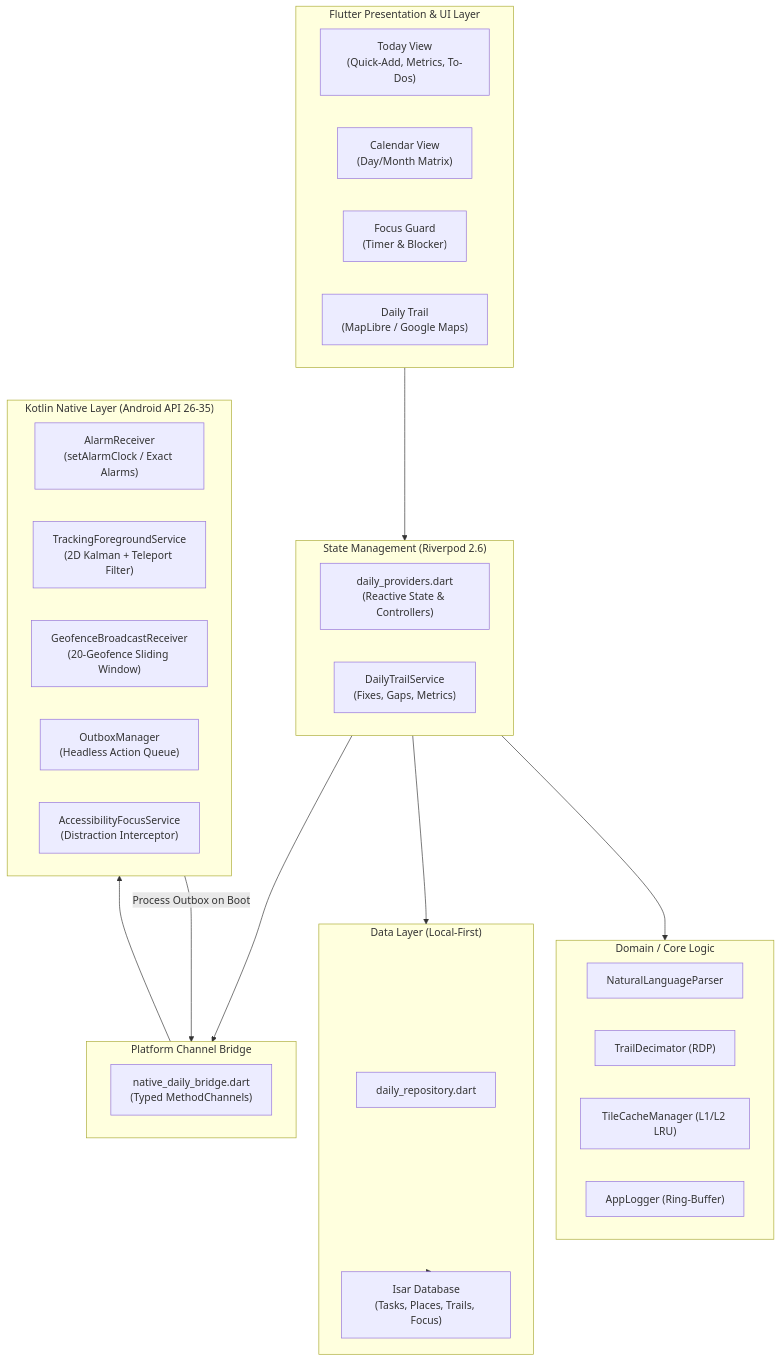
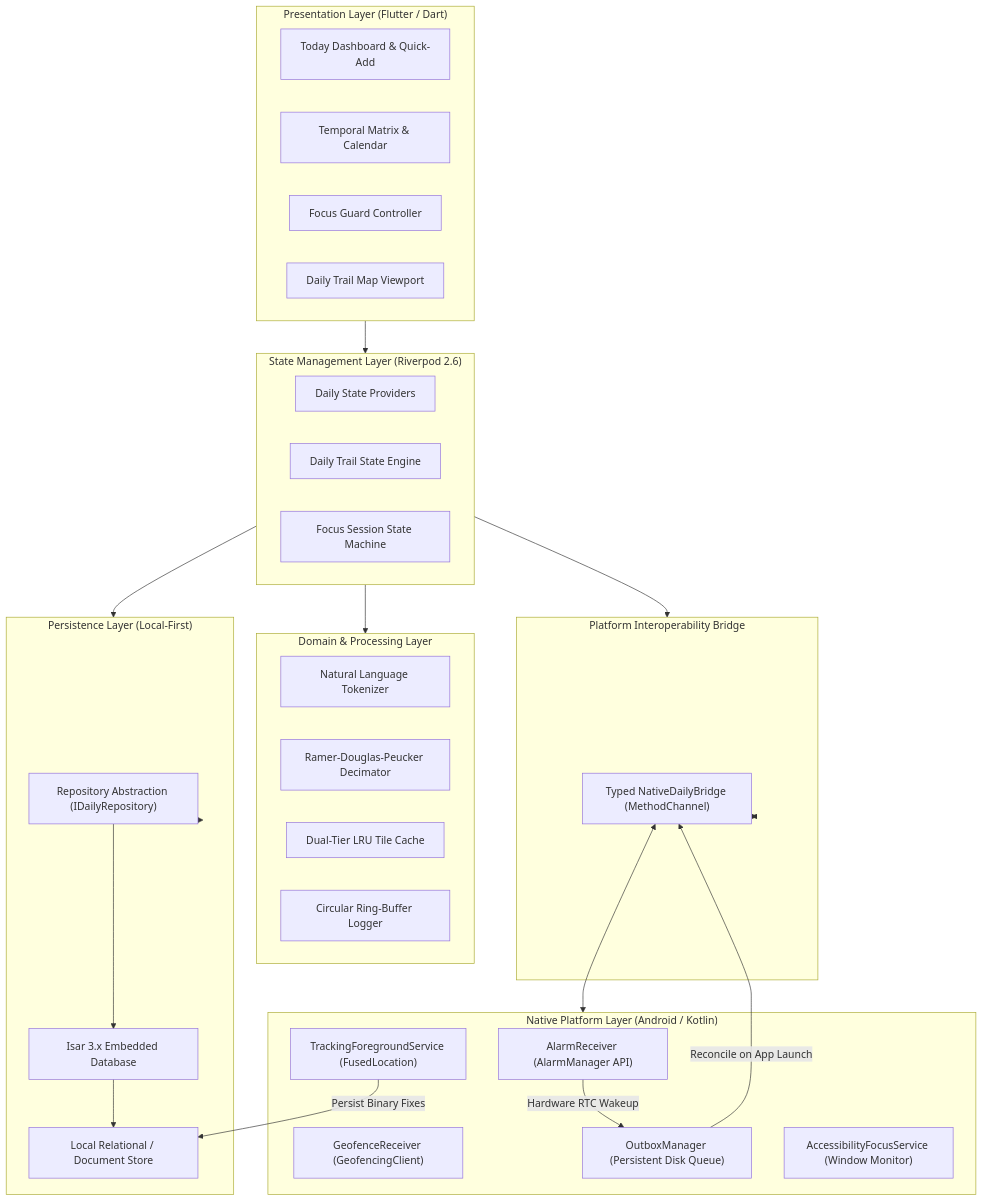
Before and after one commit to sharancode3/Remember-Me---Personal-Reminder-To-do-: the first of 4 diagrams in README.md, drawn with Mermaid. The commit also changed other lines of this file, not shown here.

Commit message:
docs: rewrite README to professional technical spec with comprehensive architecture diagrams and zero emojis

````diff
--- a/README.md
+++ b/README.md
@@ -105,46 +37,54 @@
 ```mermaid
-flowchart TD
-    subgraph UI ["Flutter Presentation & UI Layer"]
-        TodayTab["Today View\n(Quick-Add, Metrics, To-Dos)"]
-        CalendarTab["Calendar View\n(Day/Month Matrix)"]
-        FocusScreen["Focus Guard\n(Timer & Blocker)"]
-        TrailScreen["Daily Trail\n(MapLibre / Google Maps)"]
+graph TD
+    subgraph ClientPresentation ["Presentation Layer (Flutter / Dart)"]
+        TodayView["Today Dashboard & Quick-Add"]
+        CalendarView["Temporal Matrix & Calendar"]
+        FocusView["Focus Guard Controller"]
+        TrailView["Daily Trail Map Viewport"]
     end
 
-    subgraph State ["State Management (Riverpod 2.6)"]
-        DailyProviders["daily_providers.dart\n(Reactive State & Controllers)"]
-        DailyTrailService["DailyTrailService\n(Fixes, Gaps, Metrics)"]
+    subgraph StateManagement ["State Management Layer (Riverpod 2.6)"]
+        DailyProviders["Daily State Providers"]
+        DailyTrailService["Daily Trail State Engine"]
+        FocusController["Focus Session State Machine"]
     end
 
-    subgraph Domain ["Domain / Core Logic"]
-        NLParser["NaturalLanguageParser"]
-        TrailDecimator["TrailDecimator (RDP)"]
-        TileCache["TileCacheManager (L1/L2 LRU)"]
-        AppLogger["AppLogger (Ring-Buffer)"]
+    subgraph DomainCore ["Domain & Processing Layer"]
+        NLParser["Natural Language Tokenizer"]
+        RDPDecimator["Ramer-Douglas-Peucker Decimator"]
+        TileCacheEngine["Dual-Tier LRU Tile Cache"]
+        RingLogger["Circular Ring-Buffer Logger"]
     end
 
-    subgraph Persistence ["Data Layer (Local-First)"]
-        DailyRepository["daily_repository.dart"]
-        IsarService["Isar Database\n(Tasks, Places, Trails, Focus)"]
+    subgraph DataPersistence ["Persistence Layer (Local-First)"]
+        RepositoryInterface["Repository Abstraction (IDailyRepository)"]
+        IsarEngine["Isar 3.x Embedded Database"]
+        DiskSchema["Local Relational / Document Store"]
     end
 
-    subgraph Bridge ["Platform Channel Bridge"]
-        NativeDailyBridge["native_daily_bridge.dart\n(Typed MethodChannels)"]
+    subgraph InteropBridge ["Platform Interoperability Bridge"]
+        MethodBridge["Typed NativeDailyBridge (MethodChannel)"]
     end
 
-    subgraph Native ["Kotlin Native Layer (Android API 26-35)"]
-        AlarmReceiver["AlarmReceiver\n(setAlarmClock / Exact Alarms)"]
-        TrackingService["TrackingForegroundService\n(2D Kalman + Teleport Filter)"]
-        GeofenceReceiver["GeofenceBroadcastReceiver\n(20-Geofence Sliding Window)"]
-        OutboxWorker["OutboxManager\n(Headless Action Queue)"]
-        FocusService["AccessibilityFocusService\n(Distraction Interceptor)"]
+    subgraph AndroidNative ["Native Platform Layer (Android / Kotlin)"]
+        NativeAlarmManager["AlarmReceiver (AlarmManager API)"]
+        TrackingService["TrackingForegroundService (FusedLocation)"]
+        GeofenceClient["GeofenceReceiver (GeofencingClient)"]
+        OutboxQueue["OutboxManager (Persistent Disk Queue)"]
+        AccessibilityService["AccessibilityFocusService (Window Monitor)"]
     end
 
-    UI --> State
-    State --> Domain
-    State --> Persistence
-    Persistence --> IsarService
-    State --> Bridge
-    Bridge --> Native
-    Native -->|Process Outbox on Boot| Bridge
+    ClientPresentation --> StateManagement
+    StateManagement --> DomainCore
+    StateManagement --> DataPersistence
+    DataPersistence --> RepositoryInterface
+    RepositoryInterface --> IsarEngine
+    IsarEngine --> DiskSchema
+    StateManagement --> InteropBridge
+    InteropBridge <--> MethodBridge
+    MethodBridge <--> AndroidNative
+
+    OutboxQueue -->|Reconcile on App Launch| MethodBridge
+    NativeAlarmManager -->|Hardware RTC Wakeup| OutboxQueue
+    TrackingService -->|Persist Binary Fixes| DiskSchema
 ```
````
